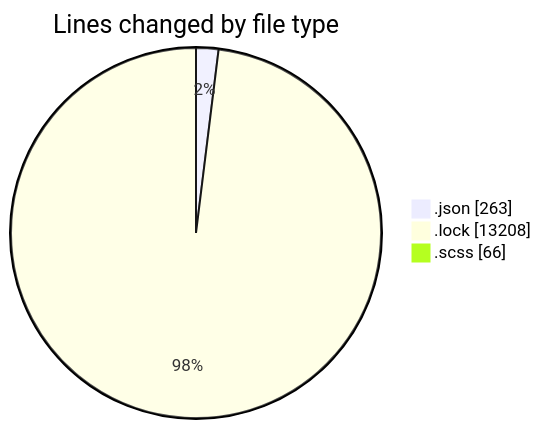
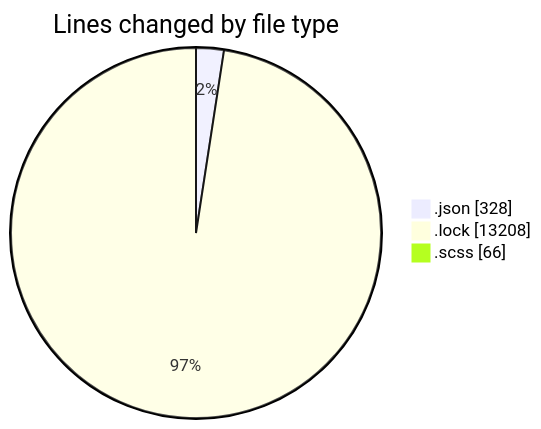
The first of 2 diagrams in 2026-01-26/cda/README.md (momahboobian/code-tracking), drawn with Mermaid before and after one commit. The commit also changed other lines of this file and 1 other file, not shown here.

````diff
--- a/2026-01-26/cda/README.md
+++ b/2026-01-26/cda/README.md
@@ -24,7 +25,7 @@
 ```mermaid
 pie showData
 title Lines changed by file type
-".json" : 263
+".json" : 328
 ".lock" : 13208
 ".scss" : 66
 ```
````
